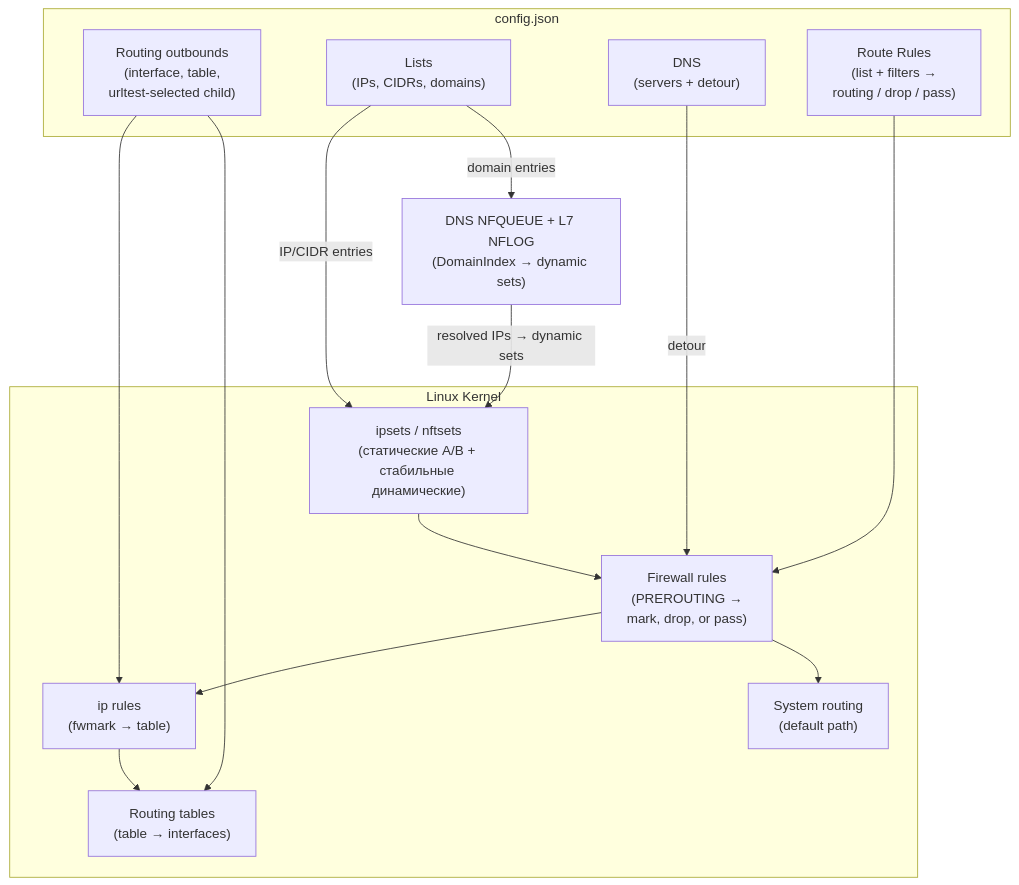
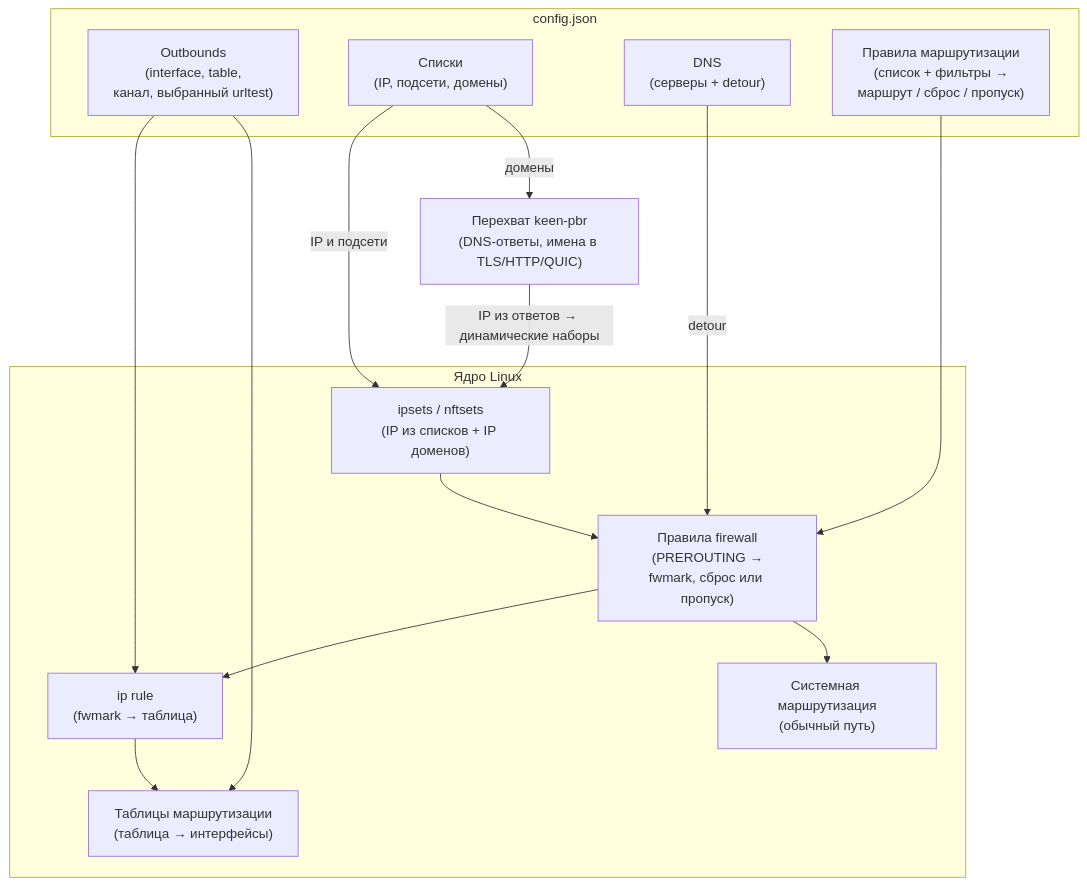
Before and after one commit to maksimkurb/keen-pbr: the first of 3 diagrams in docs/content/docs/concepts.ru.md, drawn with Mermaid. The commit also changed other lines of this file and 48 other files, not shown here.

````diff
--- a/docs/content/docs/concepts.ru.md
+++ b/docs/content/docs/concepts.ru.md
@@ -91,31 +91,31 @@
 ```mermaid
 flowchart TD
     subgraph Config["config.json"]
-        RoutingOutbounds["Routing outbounds\n(interface, table,\nurltest-selected child)"]
-        Lists["Lists\n(IPs, CIDRs, domains)"]
-        DNS["DNS\n(servers + detour)"]
-        RouteRules["Route Rules\n(list + filters →\nrouting / drop / pass)"]
+        RoutingOutbounds["Outbounds\n(interface, table,\nканал, выбранный urltest)"]
+        Lists["Списки\n(IP, подсети, домены)"]
+        DNS["DNS\n(серверы + detour)"]
+        RouteRules["Правила маршрутизации\n(список + фильтры →\nмаршрут / сброс / пропуск)"]
     end
 
-    subgraph Kernel["Linux Kernel"]
-        Ipsets["ipsets / nftsets\n(статические A/B + стабильные динамические)"]
-        FwmarkRules["Firewall rules\n(PREROUTING →\nmark, drop, or pass)"]
-        IpRules["ip rules\n(fwmark → table)"]
-        RoutingTables["Routing tables\n(table → interfaces)"]
-        SystemRouting["System routing\n(default path)"]
+    subgraph Kernel["Ядро Linux"]
+        Ipsets["ipsets / nftsets\n(IP из списков + IP доменов)"]
+        FwmarkRules["Правила firewall\n(PREROUTING →\nfwmark, сброс или пропуск)"]
+        IpRules["ip rule\n(fwmark → таблица)"]
+        RoutingTables["Таблицы маршрутизации\n(таблица → интерфейсы)"]
+        SystemRouting["Системная маршрутизация\n(обычный путь)"]
     end
 
-    Interceptor["DNS NFQUEUE + L7 NFLOG\n(DomainIndex → dynamic sets)"]
+    Interceptor["Перехват keen-pbr\n(DNS-ответы, имена в TLS/HTTP/QUIC)"]
 
-    Lists -->|"IP/CIDR entries"| Ipsets
-    Lists -->|"domain entries"| Interceptor
+    Lists -->|"IP и подсети"| Ipsets
+    Lists -->|"домены"| Interceptor
     DNS -->|"detour"| FwmarkRules
     Ipsets --> FwmarkRules
     RouteRules --> FwmarkRules
     RoutingOutbounds --> IpRules
     RoutingOutbounds --> RoutingTables
     FwmarkRules --> IpRules
     FwmarkRules --> SystemRouting
     IpRules --> RoutingTables
-    Interceptor -->|"resolved IPs → dynamic sets"| Ipsets
+    Interceptor -->|"IP из ответов → динамические наборы"| Ipsets
 ```
````
